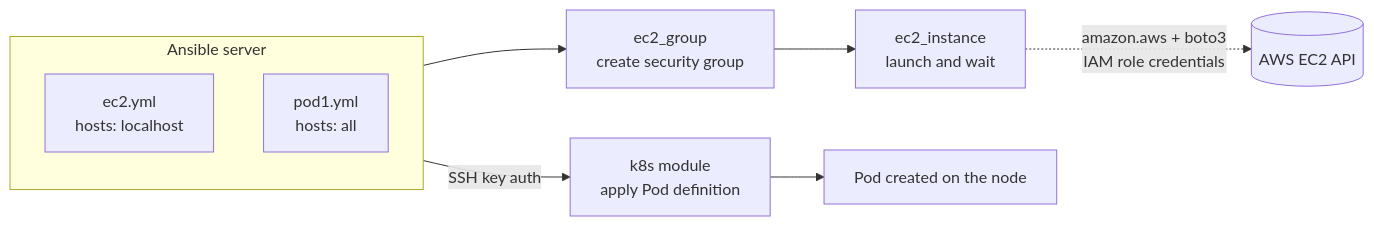
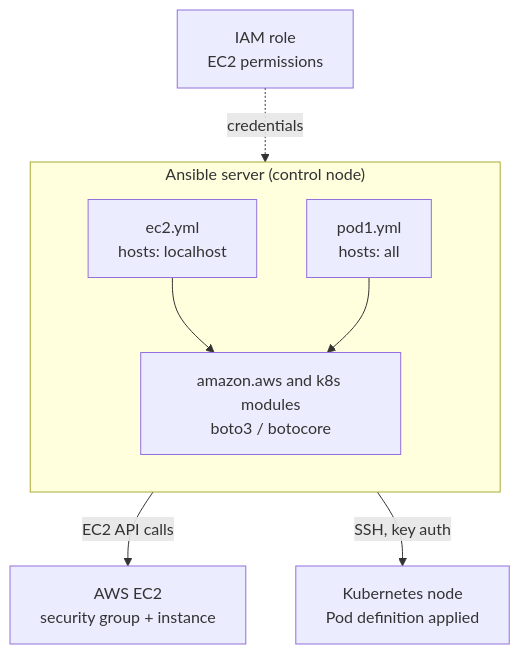
Before and after one commit to PushpenderKumar7505/PushpenderKumar7505: the fourth of 8 diagrams in README.md, drawn with Mermaid. The commit also changed other lines of this file, not shown here.

````diff
--- a/README.md
+++ b/README.md
@@ -186,12 +161,16 @@
 ```mermaid
-flowchart LR
-    subgraph ANS["Ansible server"]
+flowchart TB
+    ROLE["IAM role<br/>EC2 permissions"] -.->|"credentials"| MOD
+
+    subgraph CTRL["Ansible server (control node)"]
         direction TB
         EC2YML["ec2.yml<br/>hosts: localhost"]
         PODYML["pod1.yml<br/>hosts: all"]
+        MOD["amazon.aws and k8s modules<br/>boto3 / botocore"]
+        EC2YML --> MOD
+        PODYML --> MOD
     end
 
-    EC2YML --> T1["ec2_group<br/>create security group"] --> T2["ec2_instance<br/>launch and wait"]
-    T2 -.->|"amazon.aws + boto3<br/>IAM role credentials"| API[("AWS EC2 API")]
-    PODYML -->|"SSH key auth"| T4["k8s module<br/>apply Pod definition"] --> T5["Pod created on the node"]
+    MOD -->|"EC2 API calls"| EC2API["AWS EC2<br/>security group + instance"]
+    MOD -->|"SSH, key auth"| NODE["Kubernetes node<br/>Pod definition applied"]
 ```
````
